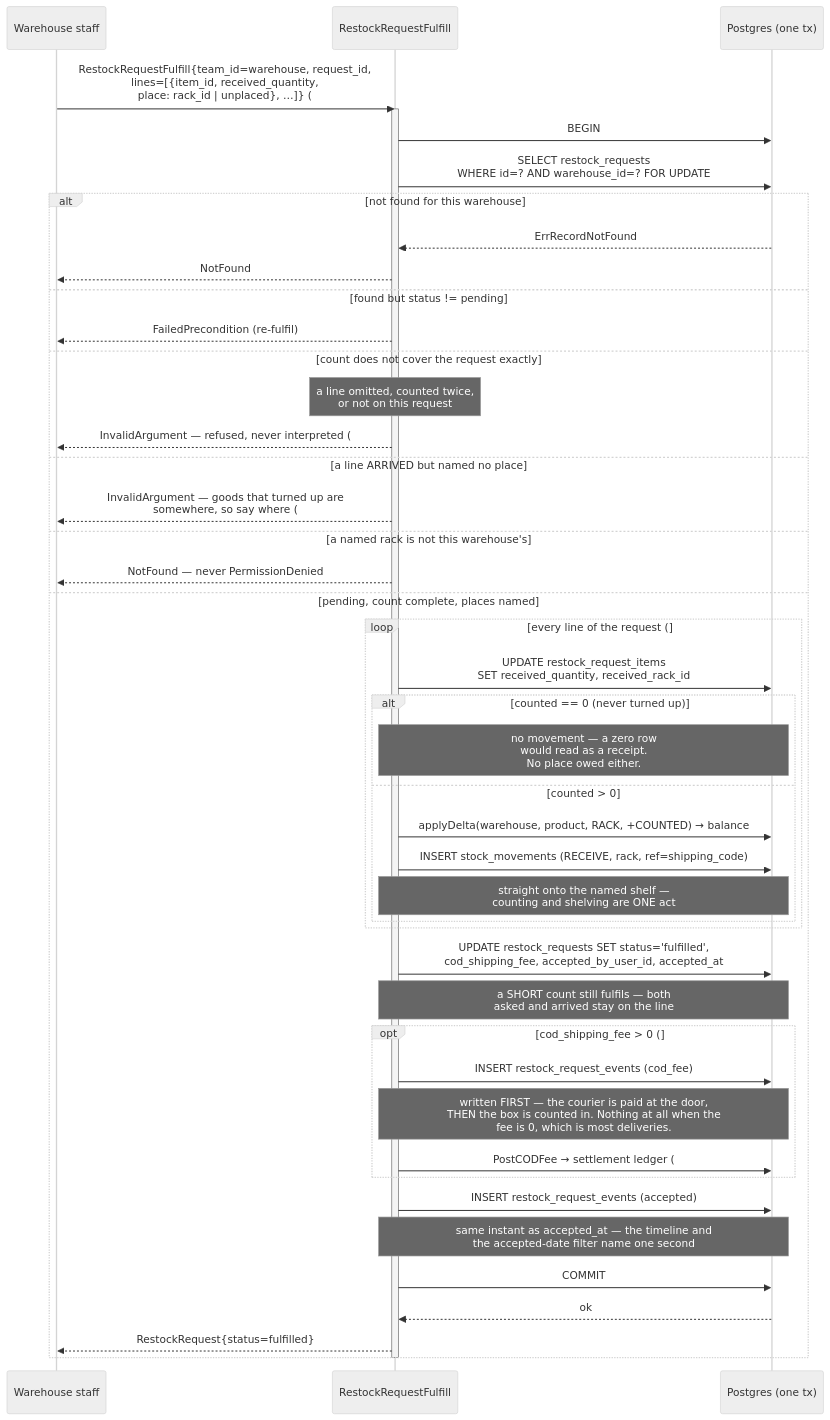
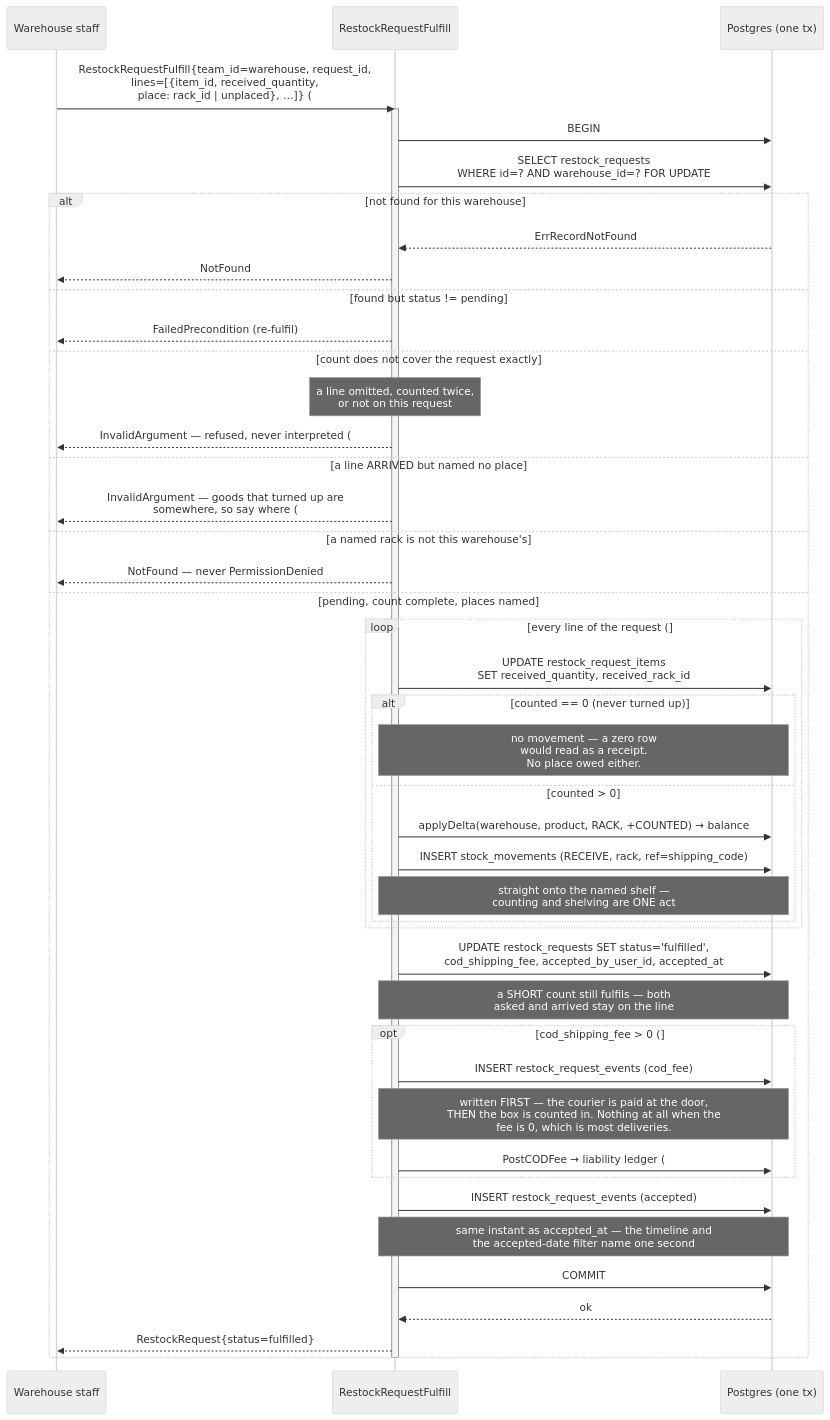
One commit to pdcgo/warehouse_revamp changed the third of 11 diagrams in docs/services/inventory_service/rpc.md. Above: the diagram before and after it, drawn with Mermaid (neutral theme). The commit also changed other lines of this file and 221 other files, not shown here.

````diff
--- a/docs/services/inventory_service/rpc.md
+++ b/docs/services/inventory_service/rpc.md
@@ -171,48 +171,48 @@
 ```mermaid
 sequenceDiagram
     participant W as Warehouse staff
     participant H as RestockRequestFulfill
     participant DB as Postgres (one tx)
 
     W->>H: RestockRequestFulfill{team_id=warehouse, request_id,<br/>lines=[{item_id, received_quantity,<br/>place: rack_id | unplaced}, …]} (#133/#137)
     activate H
     H->>DB: BEGIN
     H->>DB: SELECT restock_requests<br/>WHERE id=? AND warehouse_id=? FOR UPDATE
     alt not found for this warehouse
         DB-->>H: ErrRecordNotFound
         H-->>W: NotFound
     else found but status != pending
         H-->>W: FailedPrecondition (re-fulfil)
     else count does not cover the request exactly
         Note over H: a line omitted, counted twice,<br/>or not on this request
         H-->>W: InvalidArgument — refused, never interpreted (#133)
     else a line ARRIVED but named no place
         H-->>W: InvalidArgument — goods that turned up are<br/>somewhere, so say where (#137)
     else a named rack is not this warehouse's
         H-->>W: NotFound — never PermissionDenied
     else pending, count complete, places named
         loop every line of the request (#124)
             H->>DB: UPDATE restock_request_items<br/>SET received_quantity, received_rack_id
             alt counted == 0 (never turned up)
                 Note over H,DB: no movement — a zero row<br/>would read as a receipt.<br/>No place owed either.
             else counted > 0
                 H->>DB: applyDelta(warehouse, product, RACK, +COUNTED) → balance
                 H->>DB: INSERT stock_movements (RECEIVE, rack, ref=shipping_code)
                 Note over H,DB: straight onto the named shelf —<br/>counting and shelving are ONE act
             end
         end
         H->>DB: UPDATE restock_requests SET status='fulfilled',<br/>cod_shipping_fee, accepted_by_user_id, accepted_at
         Note over H,DB: a SHORT count still fulfils — both<br/>asked and arrived stay on the line
         opt cod_shipping_fee > 0 (#155)
             H->>DB: INSERT restock_request_events (cod_fee)
             Note over H,DB: written FIRST — the courier is paid at the door,<br/>THEN the box is counted in. Nothing at all when the<br/>fee is 0, which is most deliveries.
-            H->>DB: PostCODFee → settlement ledger (#184)
+            H->>DB: PostCODFee → liability ledger (#184)
         end
         H->>DB: INSERT restock_request_events (accepted)
         Note over H,DB: same instant as accepted_at — the timeline and<br/>the accepted-date filter name one second
         H->>DB: COMMIT
         DB-->>H: ok
         H-->>W: RestockRequest{status=fulfilled}
     end
     deactivate H
 ```
````
